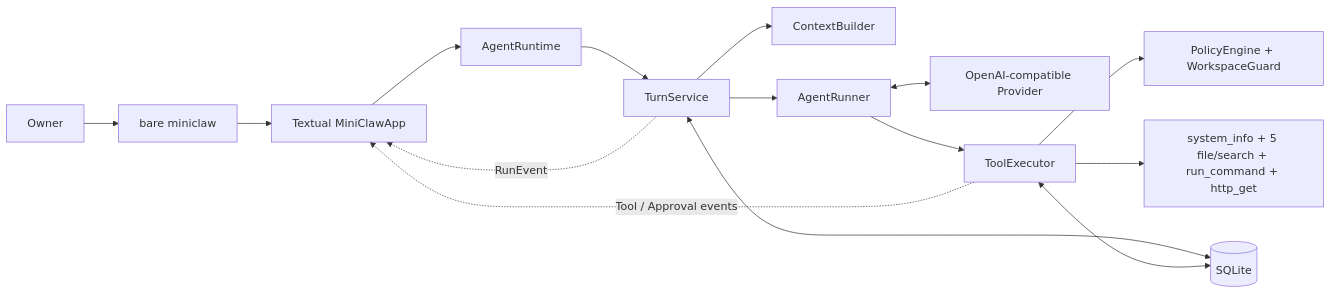
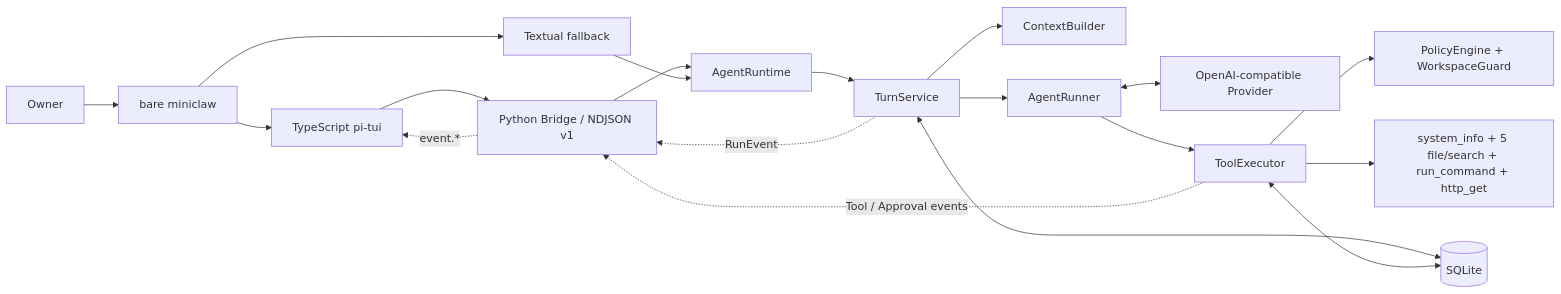
One commit to NEDONION/lobster0 changed the first of 9 diagrams in docs/architecture/20260807_系统架构.md. Above: the diagram before and after it, drawn with Mermaid. The commit also changed other lines of this file and 25 other files, not shown here.

Commit message:
docs(tui): document pi-tui architecture and release gate

````diff
--- a/docs/architecture/20260807_系统架构.md
+++ b/docs/architecture/20260807_系统架构.md
@@ -10,17 +11,21 @@
 ```mermaid
 flowchart LR
     USER["Owner"] --> CLI["bare miniclaw"]
-    CLI --> APP["Textual MiniClawApp"]
-    APP --> RUNTIME["AgentRuntime"]
+    CLI --> APP["TypeScript pi-tui"]
+    CLI --> FALLBACK["Textual fallback"]
+    APP --> BRIDGE["Python Bridge / NDJSON v1"]
+    BRIDGE --> RUNTIME["AgentRuntime"]
+    FALLBACK --> RUNTIME
     RUNTIME --> TURN["TurnService"]
     TURN --> CONTEXT["ContextBuilder"]
     TURN --> RUNNER["AgentRunner"]
     RUNNER <--> PROVIDER["OpenAI-compatible Provider"]
     RUNNER --> EXECUTOR["ToolExecutor"]
     EXECUTOR --> POLICY["PolicyEngine + WorkspaceGuard"]
     EXECUTOR --> TOOLS["system_info + 5 file/search + run_command + http_get"]
     TURN <--> DB[("SQLite")]
     EXECUTOR <--> DB
-    TURN -. "RunEvent" .-> APP
-    EXECUTOR -. "Tool / Approval events" .-> APP
+    TURN -. "RunEvent" .-> BRIDGE
+    EXECUTOR -. "Tool / Approval events" .-> BRIDGE
+    BRIDGE -. "event.*" .-> APP
 ```
````
